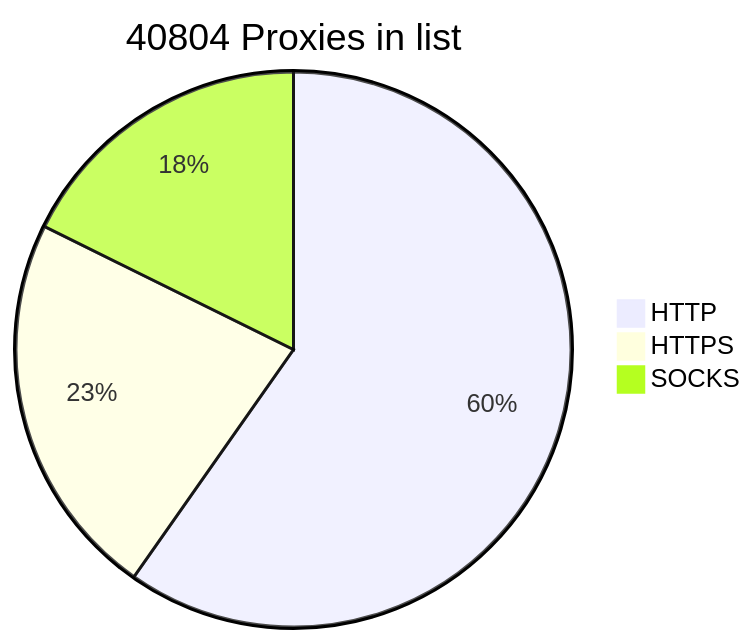
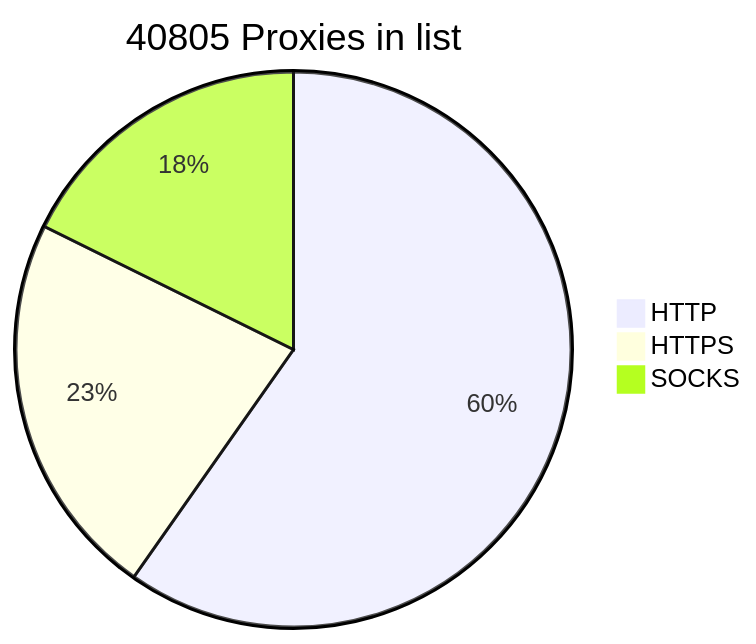
One commit to BlackSnowDot/proxylist-update-every-minute changed the diagram in README.md. Above: the diagram before and after it, drawn with Mermaid.

````diff
--- a/README.md
+++ b/README.md
@@ -2,6 +2,6 @@
 ```mermaid
-pie title 40804 Proxies in list
+pie title 40805 Proxies in list
     "HTTP" : 28670
     "HTTPS": 10828
-    "SOCKS" : 8494
+    "SOCKS" : 8495
 ```
````
